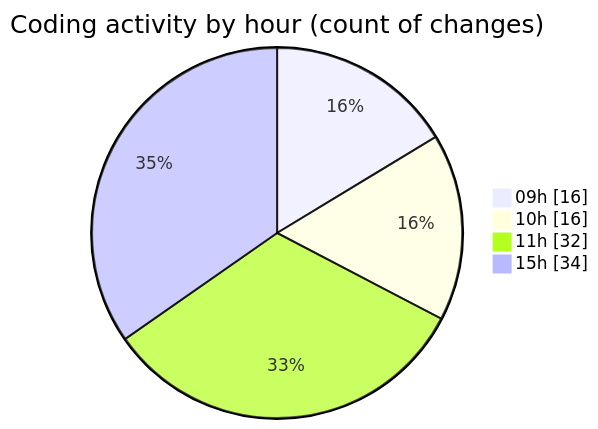
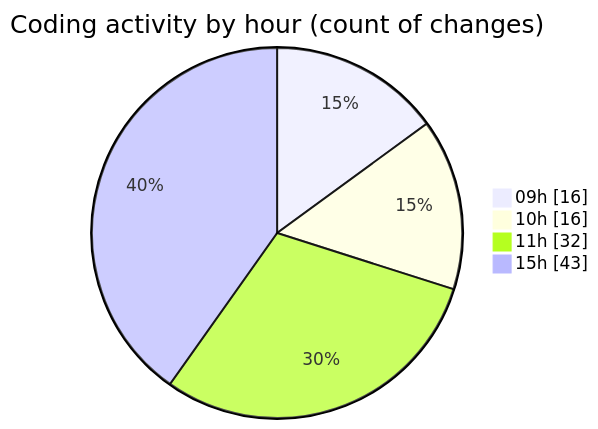
The second of 2 diagrams in 2025-07-04/cda/README.md (momahboobian/code-tracking), drawn with Mermaid before and after one commit. The commit also changed other lines of this file and 1 other file, not shown here.

````diff
--- a/2025-07-04/cda/README.md
+++ b/2025-07-04/cda/README.md
@@ -51,8 +52,8 @@
 ```mermaid
 pie showData
 title Coding activity by hour (count of changes)
 "09h" : 16
 "10h" : 16
 "11h" : 32
-"15h" : 34
+"15h" : 43
 ```
````
